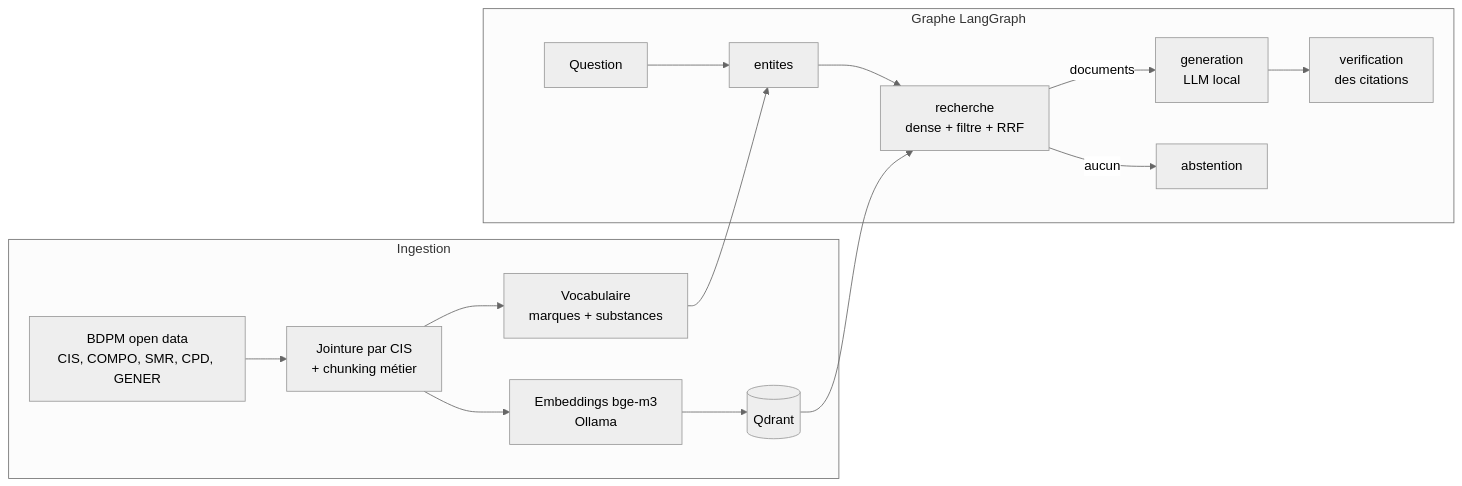
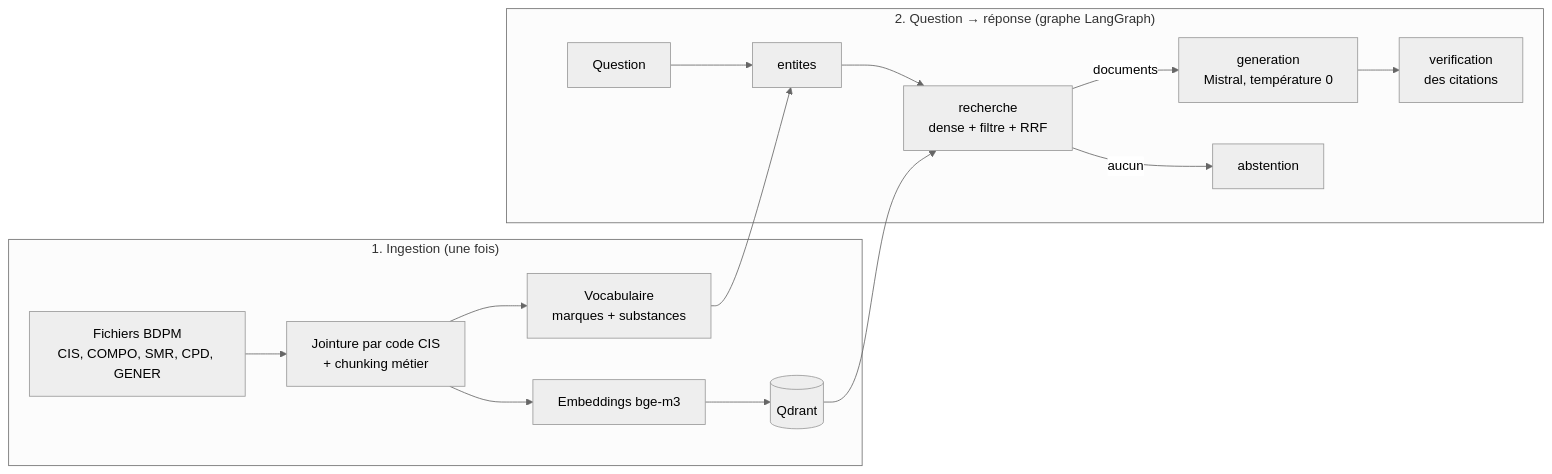
One commit to Yami9898/bdpm-rag changed the diagram in README.md. Above: the diagram before and after it, drawn with Mermaid (neutral theme). The commit also changed other lines of this file, not shown here.

````diff
--- a/README.md
+++ b/README.md
@@ -32,18 +26,18 @@
 ```mermaid
 flowchart LR
-    subgraph Ingestion
-        A[BDPM open data<br/>CIS, COMPO, SMR, CPD, GENER] --> B[Jointure par CIS<br/>+ chunking métier]
-        B --> C[Embeddings bge-m3<br/>Ollama]
+    subgraph "1. Ingestion (une fois)"
+        A[Fichiers BDPM<br/>CIS, COMPO, SMR, CPD, GENER] --> B[Jointure par code CIS<br/>+ chunking métier]
+        B --> C[Embeddings bge-m3]
         C --> D[(Qdrant)]
         B --> V[Vocabulaire<br/>marques + substances]
     end
-    subgraph "Graphe LangGraph"
+    subgraph "2. Question → réponse (graphe LangGraph)"
         Q[Question] --> E[entites]
         E --> R[recherche<br/>dense + filtre + RRF]
-        R -->|documents| G[generation<br/>LLM local]
+        R -->|documents| G[generation<br/>Mistral, température 0]
         R -->|aucun| X[abstention]
         G --> W[verification<br/>des citations]
     end
     D --> R
     V --> E
 ```
````
